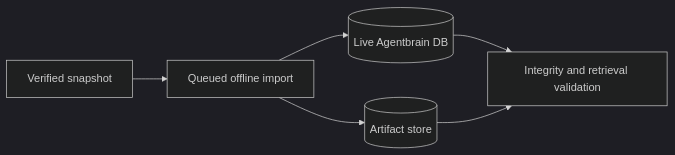
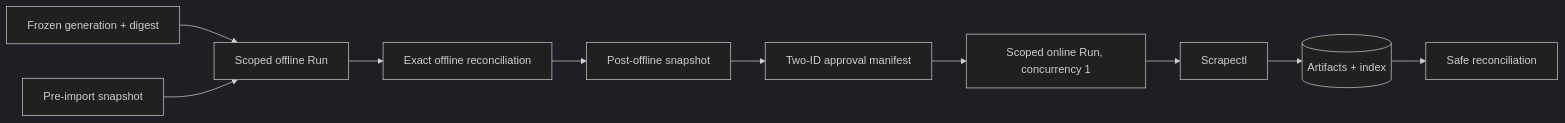
The diagram in .keeper/specs/fn-5-execute-approved-corpus-import.md (possibilities/agentbrain), drawn with Mermaid (dark theme) before and after one commit. The commit also changed other lines of this file and 6 other files, not shown here.

````diff
--- a/.keeper/specs/fn-5-execute-approved-corpus-import.md
+++ b/.keeper/specs/fn-5-execute-approved-corpus-import.md
@@ -43,8 +58,12 @@
 ```mermaid
 flowchart LR
-  S[Verified snapshot] --> I[Queued offline import]
-  I --> D[(Live Agentbrain DB)]
-  I --> A[(Artifact store)]
-  D --> V[Integrity and retrieval validation]
-  A --> V
+  G[Frozen generation + digest] --> O[Scoped offline Run]
+  B0[Pre-import snapshot] --> O
+  O --> R[Exact offline reconciliation]
+  R --> B1[Post-offline snapshot]
+  B1 --> A[Two-ID approval manifest]
+  A --> N[Scoped online Run, concurrency 1]
+  N --> S[Scrapectl]
+  S --> D[(Artifacts + index)]
+  D --> V[Safe reconciliation]
 ```
````
